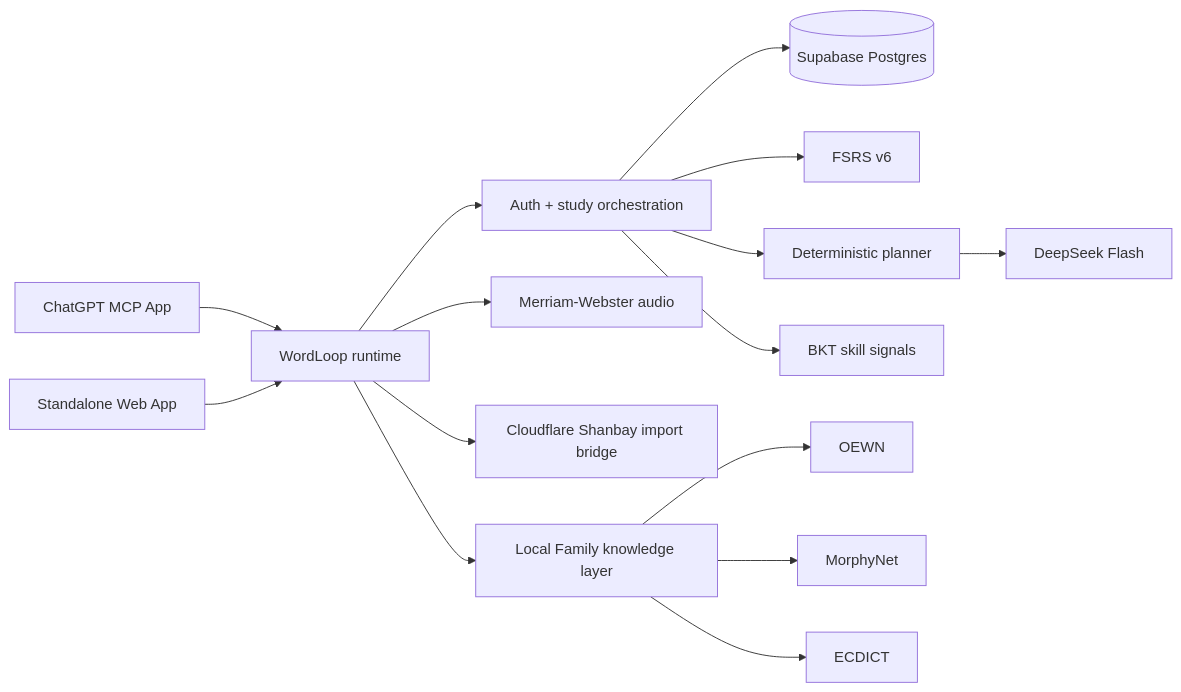
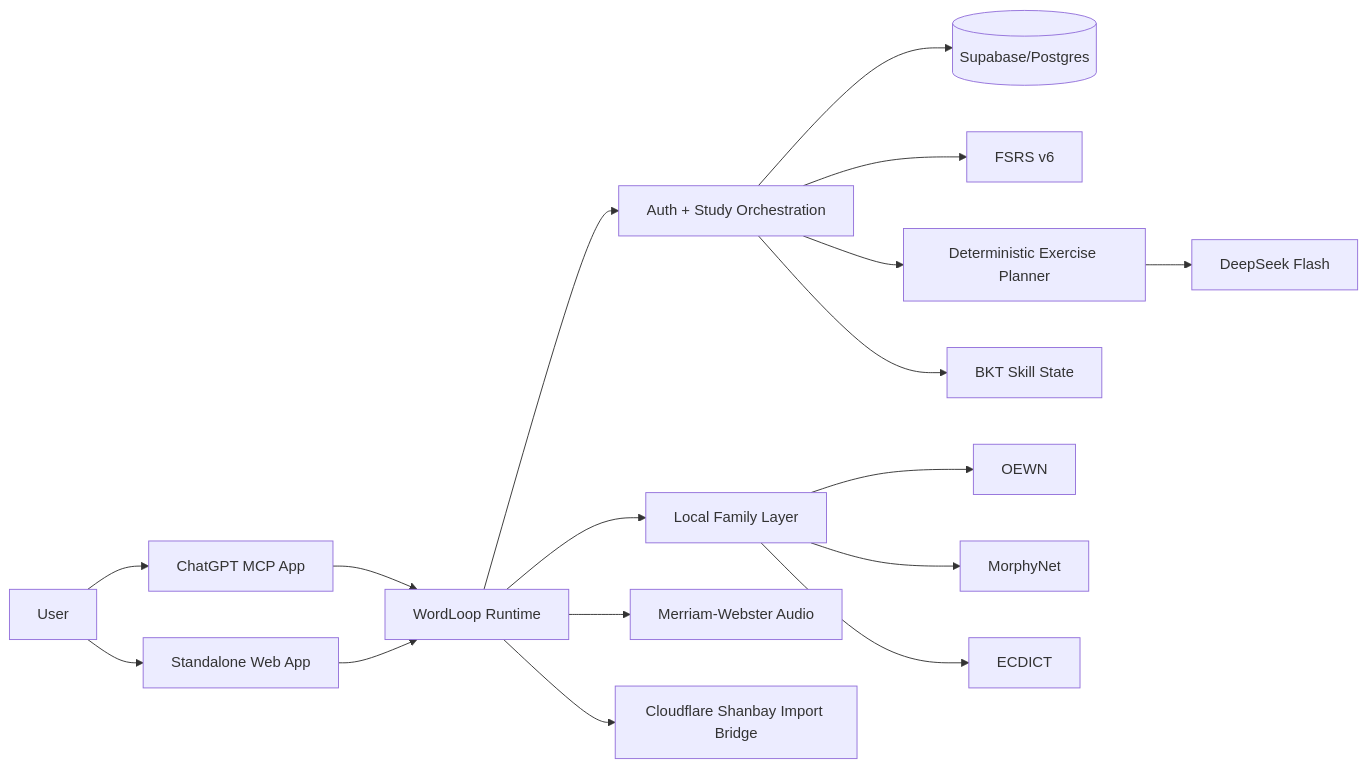
The diagram in README.md (fangzh05/wordloop), drawn with Mermaid before and after one commit. The commit also changed other lines of this file, not shown here.

```diff
--- a/README.md
+++ b/README.md
@@ -310,20 +330,25 @@
 ~~~mermaid
 flowchart LR
-  C[ChatGPT MCP App] --> R[WordLoop runtime]
-  W[Standalone Web App] --> R
+  U[User] --> C[ChatGPT MCP App]
+  U --> W[Standalone Web App]
 
-  R --> A[Auth + study orchestration]
-  A --> S[(Supabase Postgres)]
+  C --> R[WordLoop Runtime]
+  W --> R
+
+  R --> A[Auth + Study Orchestration]
+  A --> S[(Supabase/Postgres)]
+
   A --> F[FSRS v6]
-  A --> P[Deterministic planner]
-  A --> B[BKT skill signals]
+  A --> P[Deterministic Exercise Planner]
+  A --> B[BKT Skill State]
 
   P --> D[DeepSeek Flash]
-  R --> M[Merriam-Webster audio]
-  R --> H[Cloudflare Shanbay import bridge]
-  R --> G[Local Family knowledge layer]
 
+  R --> G[Local Family Layer]
   G --> O[OEWN]
-  G --> N[MorphyNet]
+  G --> M[MorphyNet]
   G --> E[ECDICT]
+
+  R --> MW[Merriam-Webster Audio]
+  R --> SH[Cloudflare Shanbay Import Bridge]
 ~~~
```
